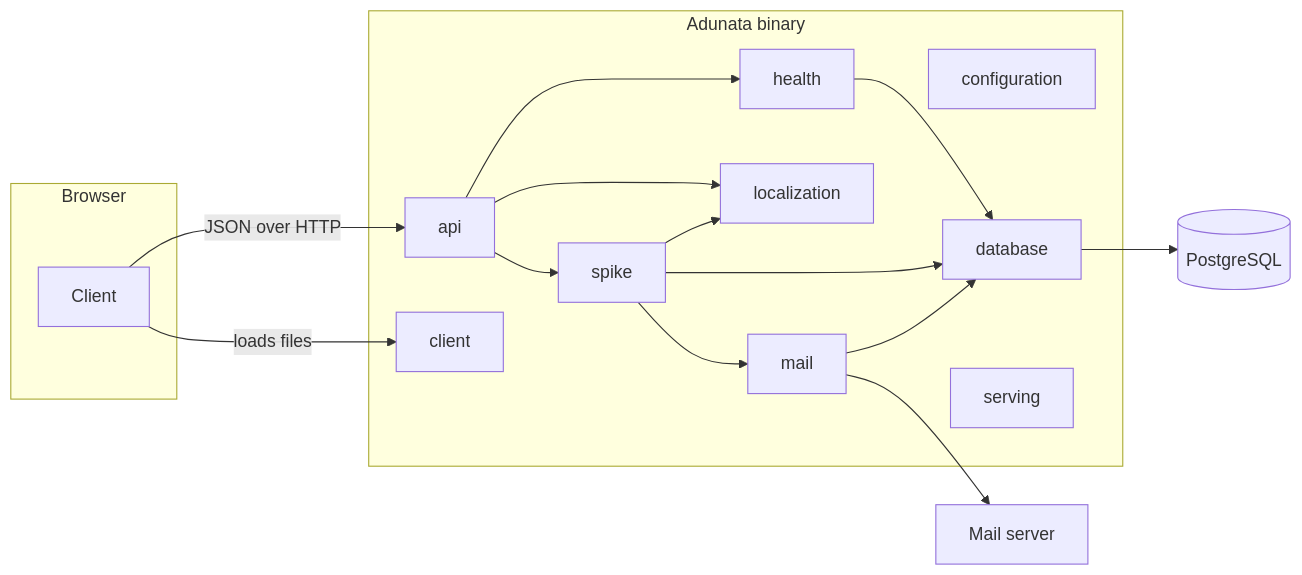
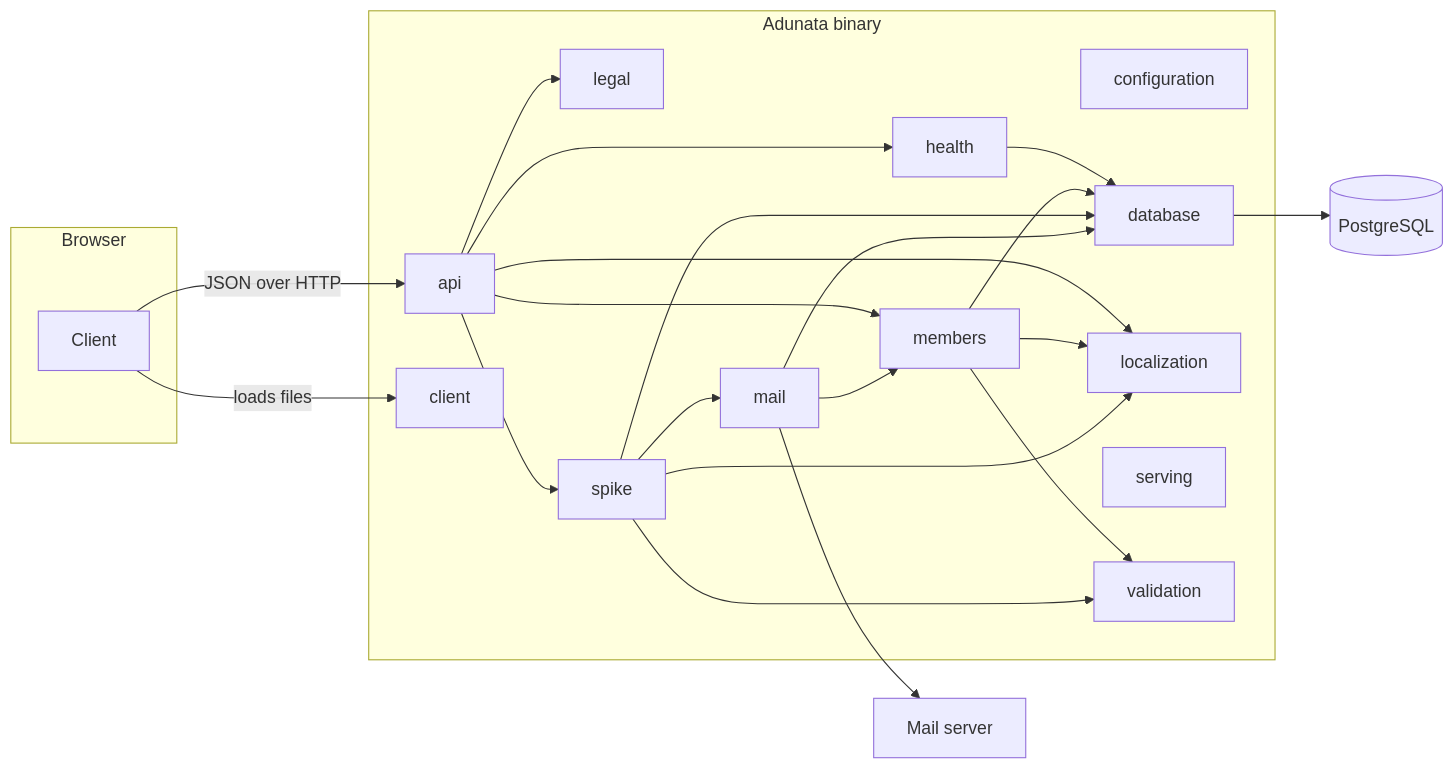
The diagram in docs/arc42/05-building-block-view.md (kammerchor-wernigerode/adunata), drawn with Mermaid before and after one commit. The commit also changed other lines of this file and 2 other files, not shown here.

Commit message:
Describe members in building block view
The building block view now shows the modules members, legal and
validation with their responsibilities. The glossary states what a
member holds and that an instance always keeps an active organizer.

````diff
--- a/docs/arc42/05-building-block-view.md
+++ b/docs/arc42/05-building-block-view.md
@@ -7,29 +7,39 @@
 ```mermaid
 flowchart LR
   subgraph browser[Browser]
     client[Client]
   end
   subgraph binary[Adunata binary]
     api[api]
     clientModule[client]
     configuration[configuration]
     database[database]
     health[health]
+    legal[legal]
     localization[localization]
     mail[mail]
+    members[members]
     spike[spike]
     serving[serving]
+    validation[validation]
   end
   client -- JSON over HTTP --> api
   client -- loads files --> clientModule
   api --> spike
   api --> localization
   api --> health
+  api --> legal
+  api --> members
   health --> database
+  members --> database
+  members --> localization
+  members --> validation
+  spike --> validation
+  mail --> members
   spike --> database
   spike --> mail
   spike --> localization
   mail --> database
   database --> postgres[(PostgreSQL)]
   mail --> smtp[Mail server]
 ```
````
